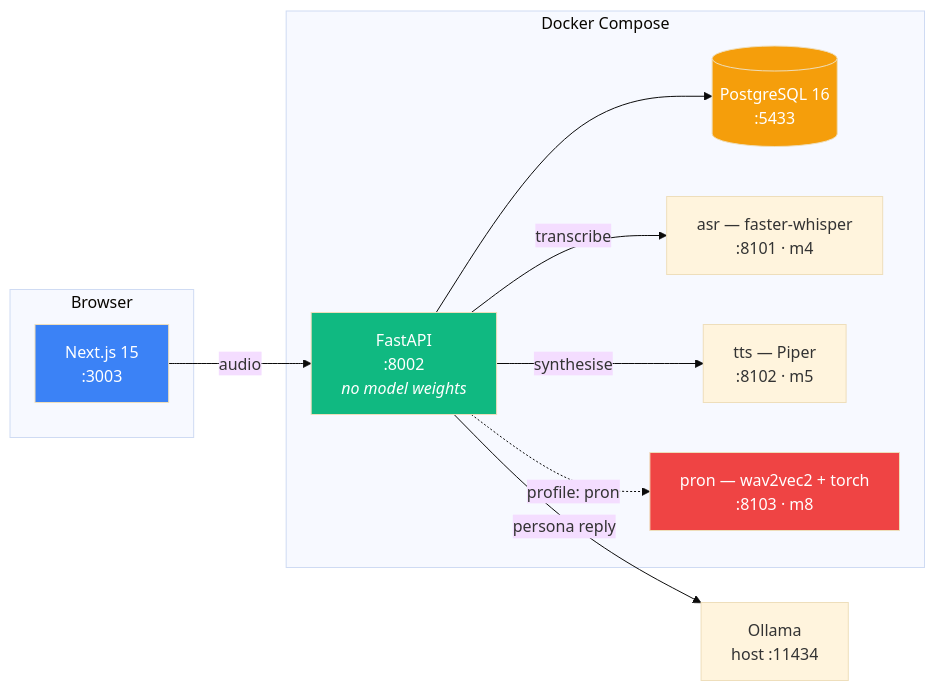
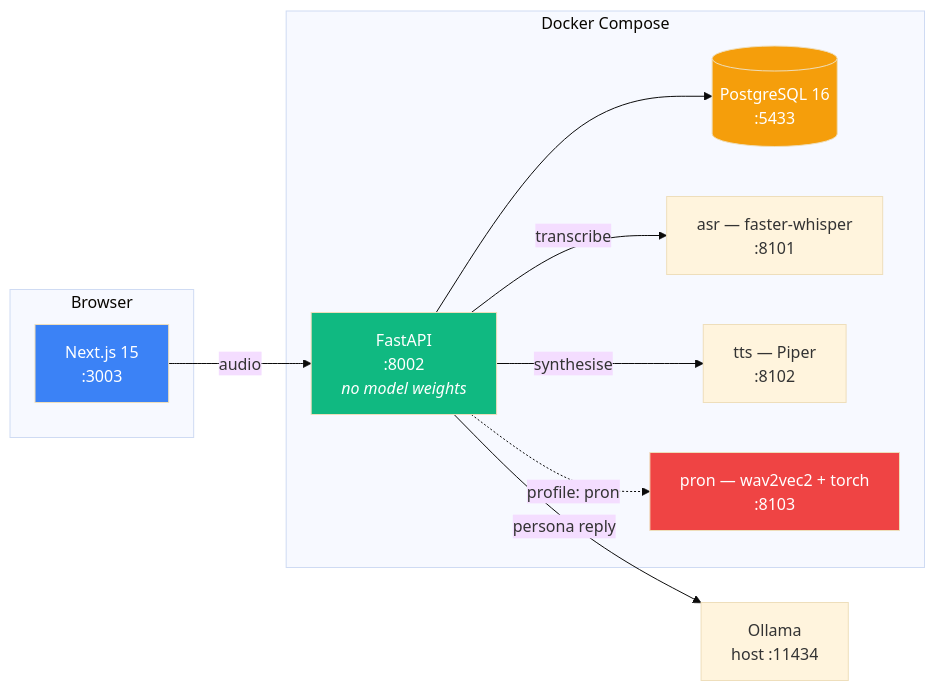
Before and after one commit to Luisfelipecruz/speaklab: the diagram in README.md, drawn with Mermaid (base theme). The commit also changed other lines of this file and 62 other files, not shown here.

````diff
--- a/README.md
+++ b/README.md
@@ -144,26 +162,26 @@
 ```mermaid
 graph LR
     subgraph Browser
         FE["Next.js 15<br/>:3003"]
     end
     subgraph "Docker Compose"
         API["FastAPI<br/>:8002<br/><i>no model weights</i>"]
         DB[("PostgreSQL 16<br/>:5433")]
-        ASR["asr — faster-whisper<br/>:8101 · m4"]
-        TTS["tts — Piper<br/>:8102 · m5"]
-        PRON["pron — wav2vec2 + torch<br/>:8103 · m8"]
+        ASR["asr — faster-whisper<br/>:8101"]
+        TTS["tts — Piper<br/>:8102"]
+        PRON["pron — wav2vec2 + torch<br/>:8103"]
     end
     OLLAMA["Ollama<br/>host :11434"]
 
     FE -- "audio" --> API
     API --> DB
     API -- "transcribe" --> ASR
     API -- "synthesise" --> TTS
     API -. "profile: pron" .-> PRON
     API -- "persona reply" --> OLLAMA
 
     style FE fill:#3b82f6,color:#fff
     style API fill:#10b981,color:#fff
     style DB fill:#f59e0b,color:#fff
     style PRON fill:#ef4444,color:#fff
 ```
````
